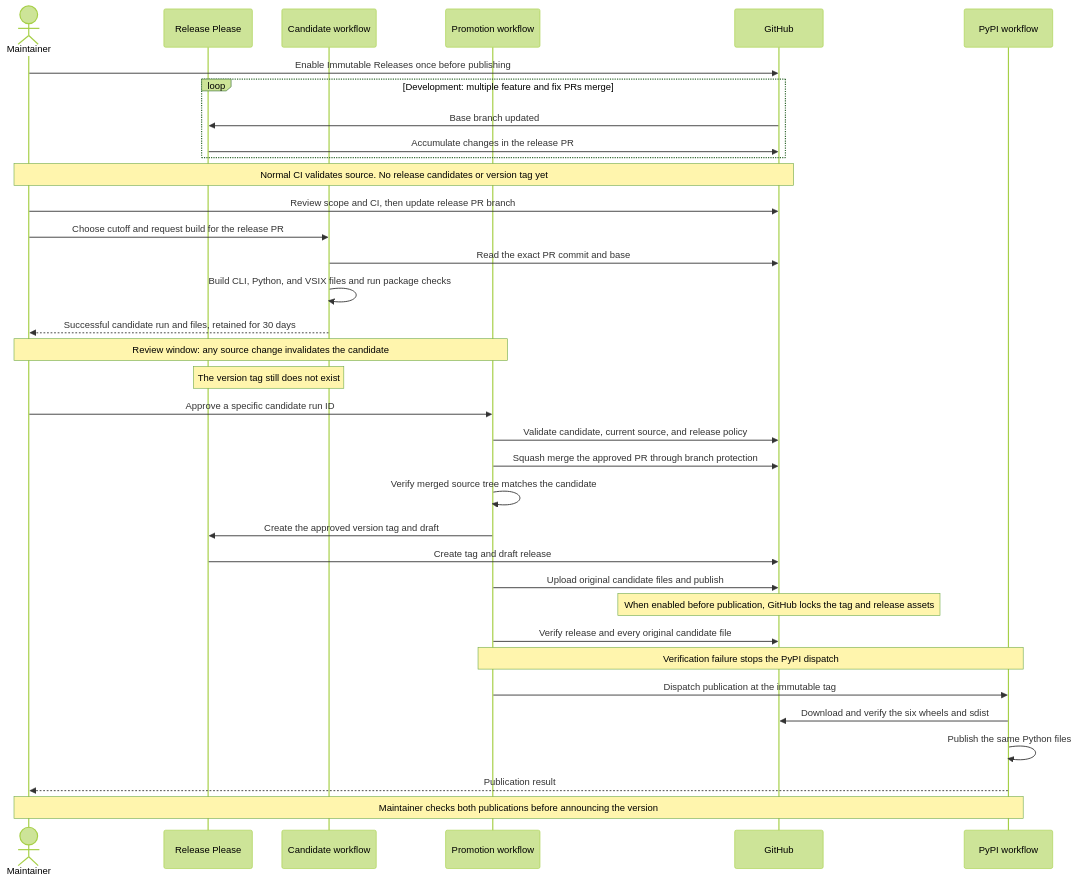
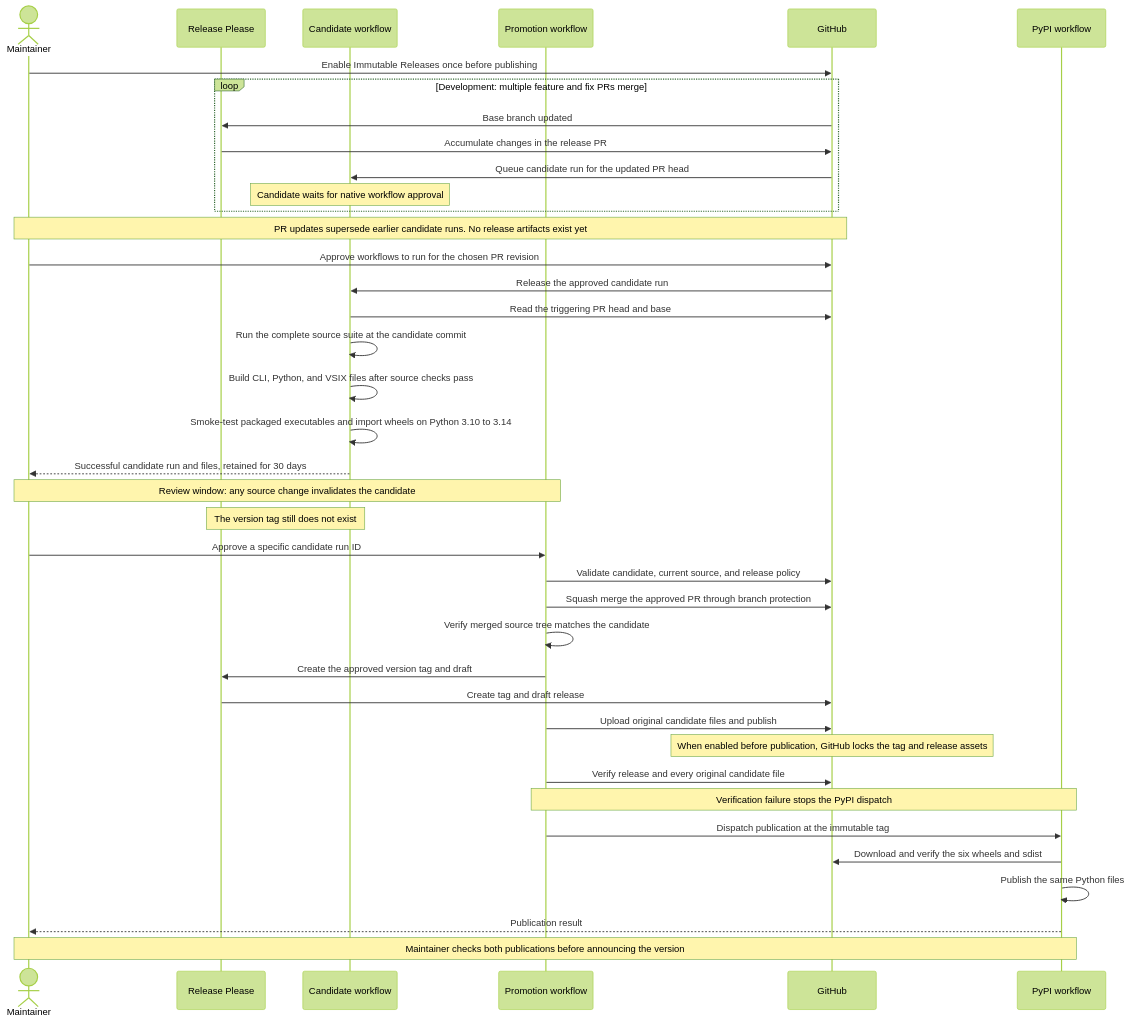
The first of 2 diagrams in RELEASE_POLICY.md (NatLabRockies/arco), drawn with Mermaid (forest theme) before and after one commit. The commit also changed other lines of this file and 10 other files, not shown here.

First line of the commit message:
feat(release): validate candidates after native PR approval (#416)

````diff
--- a/RELEASE_POLICY.md
+++ b/RELEASE_POLICY.md
@@ -37,41 +40,45 @@
 ```mermaid
 sequenceDiagram
     actor M as Maintainer
     participant RP as Release Please
     participant B as Candidate workflow
     participant P as Promotion workflow
     participant GH as GitHub
     participant PY as PyPI workflow
 
     M->>GH: Enable Immutable Releases once before publishing
     loop Development: multiple feature and fix PRs merge
         GH->>RP: Base branch updated
         RP->>GH: Accumulate changes in the release PR
+        GH->>B: Queue candidate run for the updated PR head
+        Note over B: Candidate waits for native workflow approval
     end
-    Note over M,GH: Normal CI validates source. No release candidates or version tag yet
+    Note over M,GH: PR updates supersede earlier candidate runs. No release artifacts exist yet
 
-    M->>GH: Review scope and CI, then update release PR branch
-    M->>B: Choose cutoff and request build for the release PR
-    B->>GH: Read the exact PR commit and base
-    B->>B: Build CLI, Python, and VSIX files and run package checks
+    M->>GH: Approve workflows to run for the chosen PR revision
+    GH->>B: Release the approved candidate run
+    B->>GH: Read the triggering PR head and base
+    B->>B: Run the complete source suite at the candidate commit
+    B->>B: Build CLI, Python, and VSIX files after source checks pass
+    B->>B: Smoke-test packaged executables and import wheels on Python 3.10 to 3.14
     B-->>M: Successful candidate run and files, retained for 30 days
     Note over M,P: Review window: any source change invalidates the candidate
     Note over RP,B: The version tag still does not exist
 
     M->>P: Approve a specific candidate run ID
     P->>GH: Validate candidate, current source, and release policy
     P->>GH: Squash merge the approved PR through branch protection
     P->>P: Verify merged source tree matches the candidate
     P->>RP: Create the approved version tag and draft
     RP->>GH: Create tag and draft release
     P->>GH: Upload original candidate files and publish
     Note over GH: When enabled before publication, GitHub locks the tag and release assets
     P->>GH: Verify release and every original candidate file
     Note over P,PY: Verification failure stops the PyPI dispatch
 
     P->>PY: Dispatch publication at the immutable tag
     PY->>GH: Download and verify the six wheels and sdist
     PY->>PY: Publish the same Python files
     PY-->>M: Publication result
     Note over M,PY: Maintainer checks both publications before announcing the version
 ```
````
